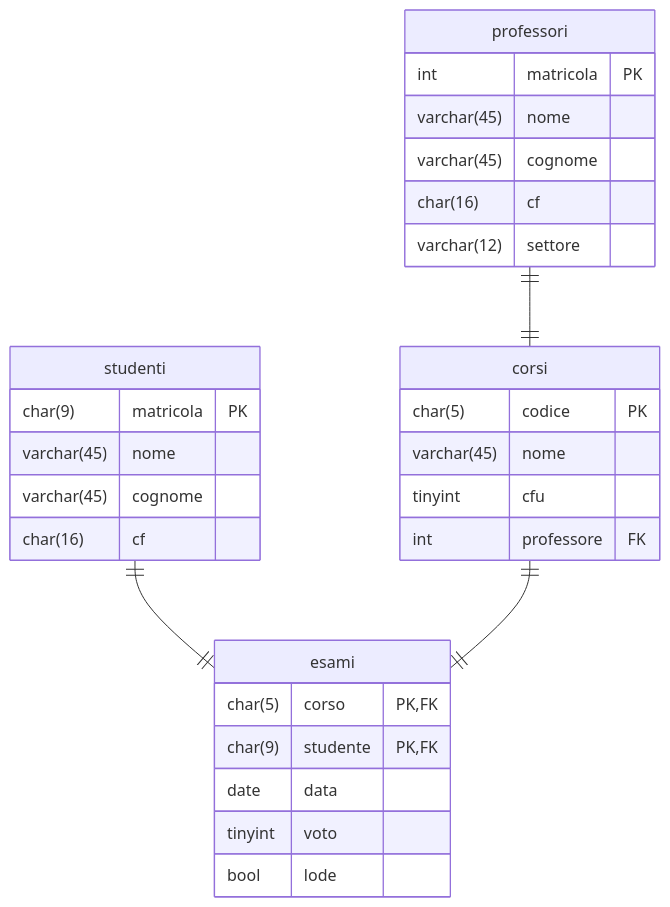
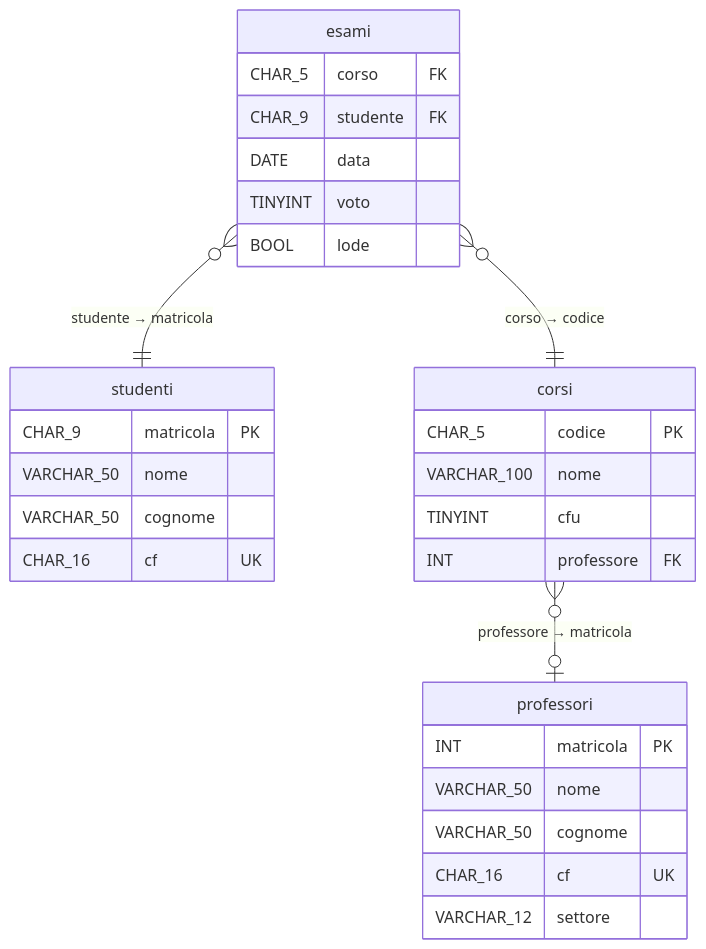
The diagram in database.md (mauro-farina/database-2026), drawn with Mermaid before and after one commit.

````diff
--- a/database.md
+++ b/database.md
@@ -1,32 +1,33 @@
 ```mermaid
 erDiagram
     studenti {
-        char(9) matricola PK
-        varchar(45) nome
-        varchar(45) cognome
-        char(16) cf
+        CHAR_9 matricola PK
+        VARCHAR_50 nome
+        VARCHAR_50 cognome
+        CHAR_16 cf UK
     }
     professori {
-        int matricola PK
-        varchar(45) nome
-        varchar(45) cognome
-        char(16) cf
-        varchar(12) settore
+        INT matricola PK
+        VARCHAR_50 nome
+        VARCHAR_50 cognome
+        CHAR_16 cf UK
+        VARCHAR_12 settore
     }
     corsi {
-        char(5) codice PK
-        varchar(45) nome
-        tinyint cfu
-        int professore FK
+        CHAR_5 codice PK
+        VARCHAR_100 nome
+        TINYINT cfu
+        INT professore FK
     }
     esami {
-        char(5) corso PK,FK
-        char(9) studente PK,FK
-        date data
-        tinyint voto
-        bool lode
+        CHAR_5 corso FK
+        CHAR_9 studente FK
+        DATE data
+        TINYINT voto
+        BOOL lode
     }
-    professori ||--|| corsi : " "
-    studenti ||--|| esami : " "
-    corsi ||--|| esami : " "
+
+    corsi }o--o| professori : "professore → matricola"
+    esami }o--|| corsi : "corso → codice"
+    esami }o--|| studenti : "studente → matricola"
 ```
````
